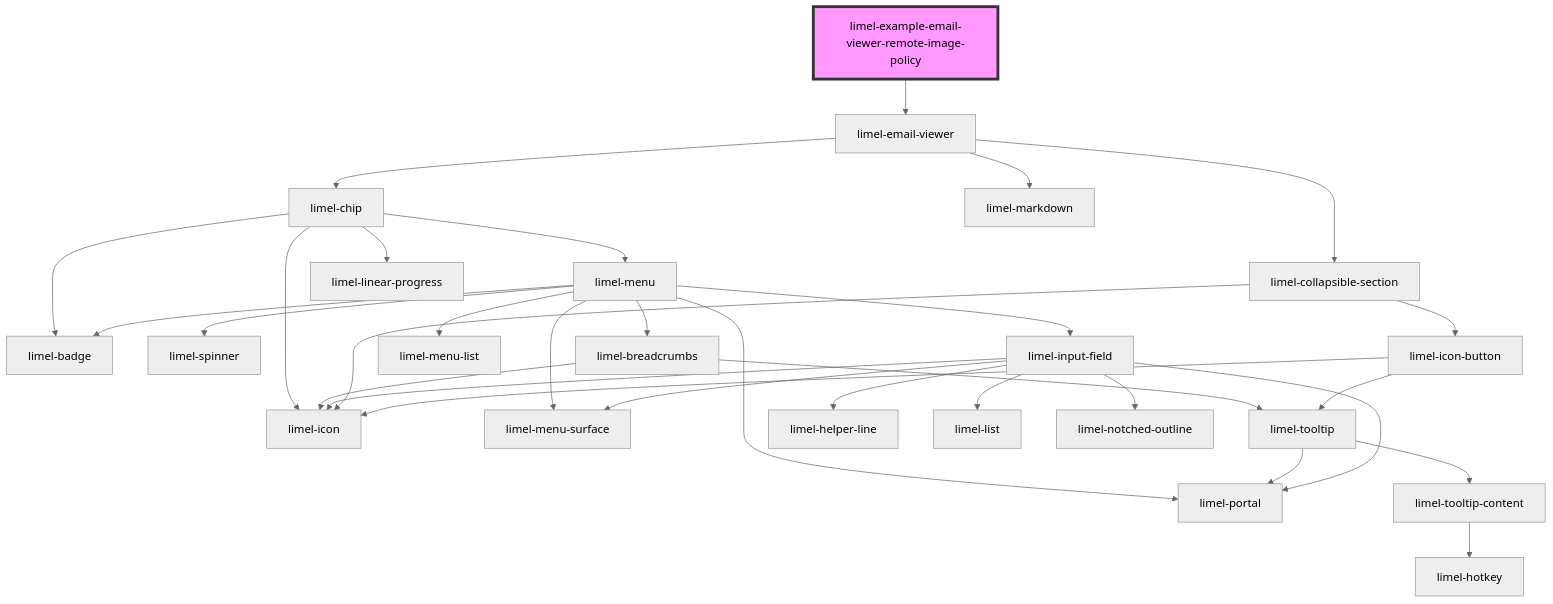
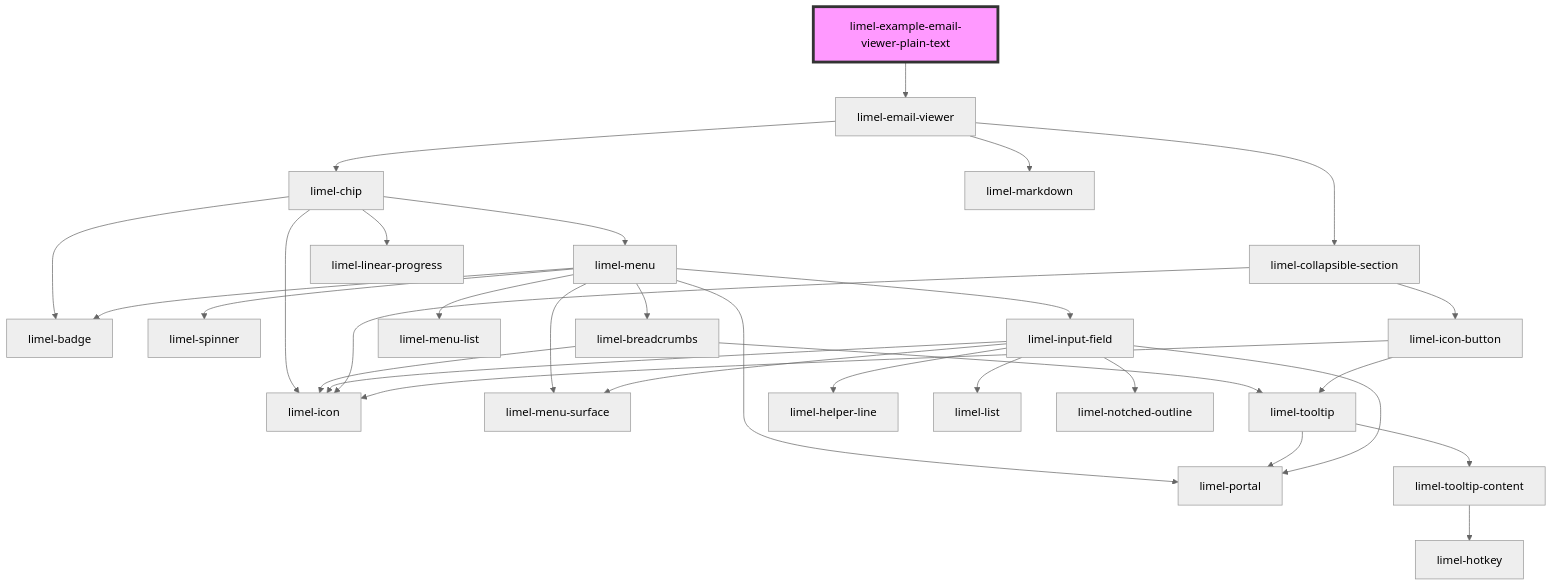
One commit to Lundalogik/lime-elements changed the diagram in versions/PR-4079/markdown-docs/components/email-viewer/examples/readme.md. Above: the diagram before and after it, drawn with Mermaid (neutral theme). The commit also changed other lines of this file and 8 other files, not shown here.

````diff
--- a/versions/PR-4079/markdown-docs/components/email-viewer/examples/readme.md
+++ b/versions/PR-4079/markdown-docs/components/email-viewer/examples/readme.md
@@ -23,34 +30,34 @@
 ```mermaid
 graph TD;
-  limel-example-email-viewer-remote-image-policy --> limel-email-viewer
+  limel-example-email-viewer-plain-text --> limel-email-viewer
   limel-email-viewer --> limel-chip
   limel-email-viewer --> limel-collapsible-section
   limel-email-viewer --> limel-markdown
   limel-chip --> limel-icon
   limel-chip --> limel-badge
   limel-chip --> limel-menu
   limel-chip --> limel-linear-progress
   limel-menu --> limel-spinner
   limel-menu --> limel-breadcrumbs
   limel-menu --> limel-input-field
   limel-menu --> limel-menu-list
   limel-menu --> limel-badge
   limel-menu --> limel-portal
   limel-menu --> limel-menu-surface
   limel-breadcrumbs --> limel-icon
   limel-breadcrumbs --> limel-tooltip
   limel-tooltip --> limel-portal
   limel-tooltip --> limel-tooltip-content
   limel-tooltip-content --> limel-hotkey
   limel-input-field --> limel-helper-line
   limel-input-field --> limel-icon
   limel-input-field --> limel-portal
   limel-input-field --> limel-menu-surface
   limel-input-field --> limel-list
   limel-input-field --> limel-notched-outline
   limel-collapsible-section --> limel-icon
   limel-collapsible-section --> limel-icon-button
   limel-icon-button --> limel-icon
   limel-icon-button --> limel-tooltip
-  style limel-example-email-viewer-remote-image-policy fill:#f9f,stroke:#333,stroke-width:4px
+  style limel-example-email-viewer-plain-text fill:#f9f,stroke:#333,stroke-width:4px
 ```
````
